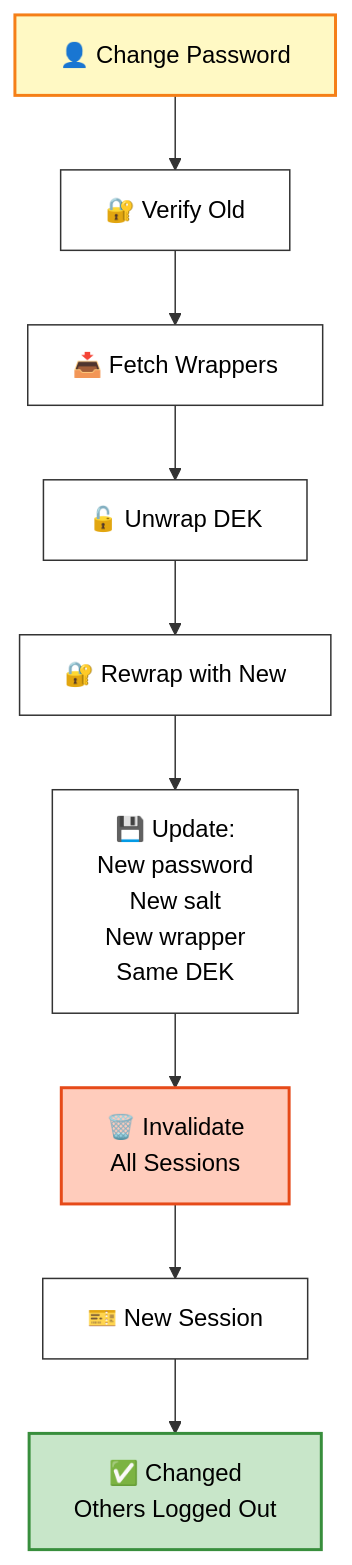
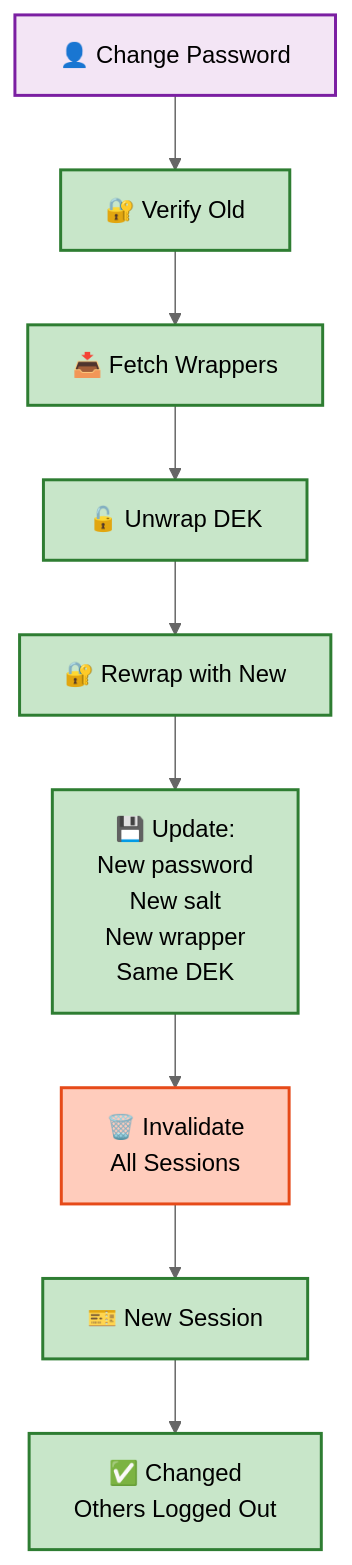
One commit to DomiDre/kigaprio changed the eighth of 8 diagrams in ARCHITECTURE.md. Above: the diagram before and after it, drawn with Mermaid. The commit also changed other lines of this file, not shown here.

Commit message:
Set neutral theme everywhere

````diff
--- a/ARCHITECTURE.md
+++ b/ARCHITECTURE.md
@@ -474,26 +468,36 @@
 ```mermaid
-%%{init: {'theme':'base', 'themeVariables': { 'primaryColor':'#fff','primaryTextColor':'#000','primaryBorderColor':'#333','lineColor':'#333','secondaryColor':'#f5f5f5','tertiaryColor':'#fff','background':'#ffffff','mainBkg':'#ffffff','clusterBkg':'#f9f9f9','clusterBorder':'#666'}}}%%
+%%{init: {'theme':'neutral'}}%%
 flowchart TD
     Start["👤 Change Password"]
     Verify["🔐 Verify Old"]
     Fetch["📥 Fetch Wrappers"]
     Unwrap["🔓 Unwrap DEK"]
     Rewrap["🔐 Rewrap with New"]
     Update["💾 Update:<br/>New password<br/>New salt<br/>New wrapper<br/>Same DEK"]
     Invalidate["🗑️ Invalidate<br/>All Sessions"]
     NewSession["🎫 New Session"]
     Done["✅ Changed<br/>Others Logged Out"]
     
     Start --> Verify
     Verify --> Fetch
     Fetch --> Unwrap
     Unwrap --> Rewrap
     Rewrap --> Update
     Update --> Invalidate
     Invalidate --> NewSession
     NewSession --> Done
     
-    style Start fill:#fff9c4,stroke:#f57f17,stroke-width:2px,color:#000
-    style Invalidate fill:#ffccbc,stroke:#e64a19,stroke-width:2px,color:#000
-    style Done fill:#c8e6c9,stroke:#388e3c,stroke-width:2px,color:#000
+    classDef action fill:#f3e5f5,stroke:#7b1fa2,stroke-width:2px
+    classDef backend fill:#c8e6c9,stroke:#2e7d32,stroke-width:2px
+    classDef security fill:#ffccbc,stroke:#e64a19,stroke-width:2px
+    
+    class Start action
+    class Verify backend
+    class Fetch backend
+    class Unwrap backend
+    class Rewrap backend
+    class Update backend
+    class Invalidate security
+    class NewSession backend
+    class Done backend
 ```
````
